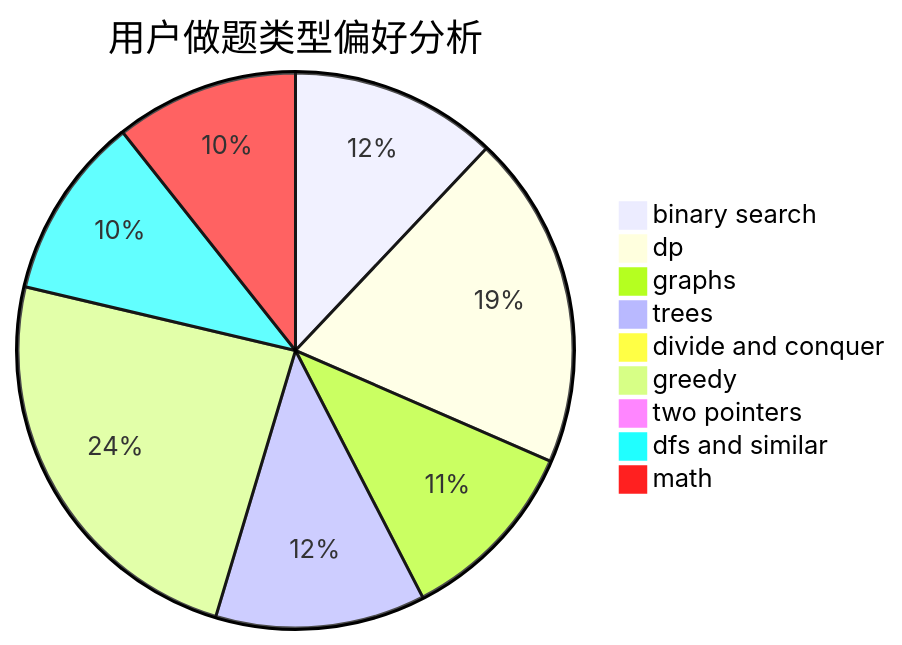
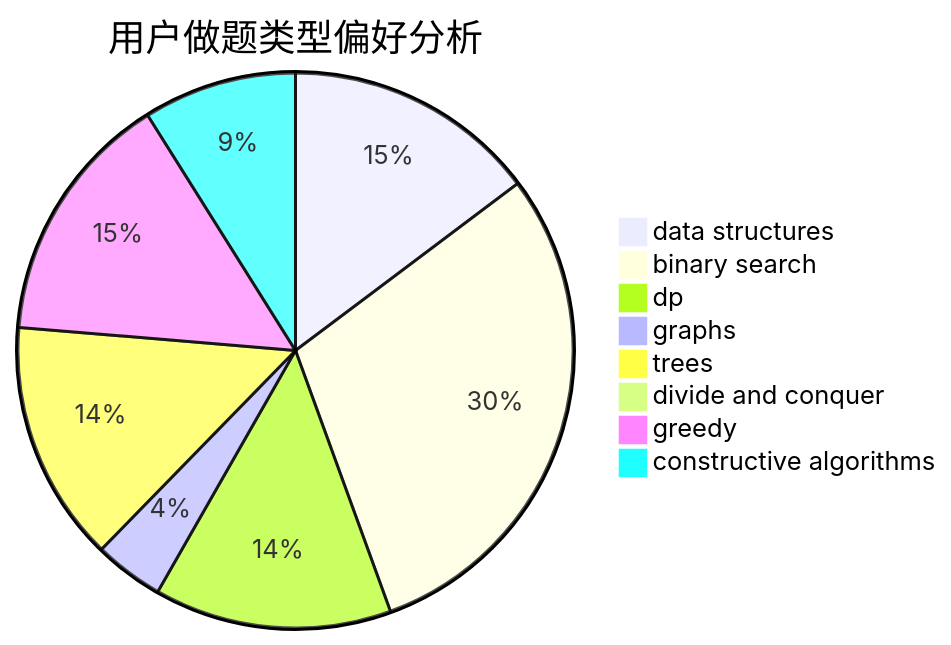
One commit to sherpahu/cfrs.github.io changed the second of 3 diagrams in docs/user/u589.md. Above: the diagram before and after it, drawn with Mermaid. The commit also changed other lines of this file and 2775 other files, not shown here.

````diff
--- a/docs/user/u589.md
+++ b/docs/user/u589.md
@@ -23,12 +23,11 @@
 ```mermaid
 pie title 用户做题类型偏好分析
-    "binary search" :  295
-    "dp" :  477
-    "graphs" :  267
-    "trees" :  299
-    "divide and conquer" :  16
-    "greedy" :  589
-    "two pointers" :  21
-    "dfs and similar" :  261
-    "math" :  261
+    "data structures" :  142
+    "binary search" :  286
+    "dp" :  133
+    "graphs" :  39
+    "trees" :  135
+    "divide and conquer" :  0
+    "greedy" :  142
+    "constructive algorithms" :  86
 ```
````
